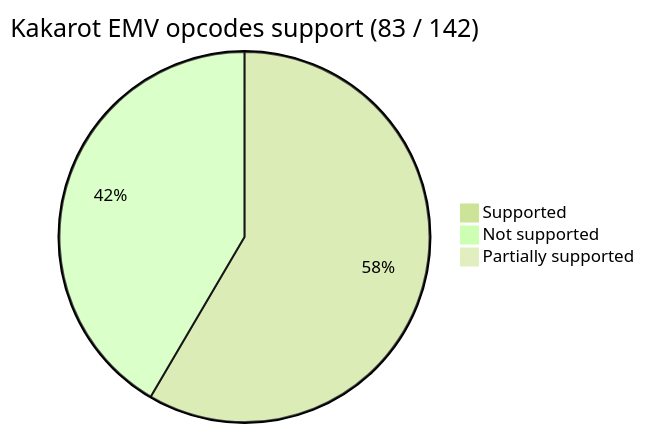
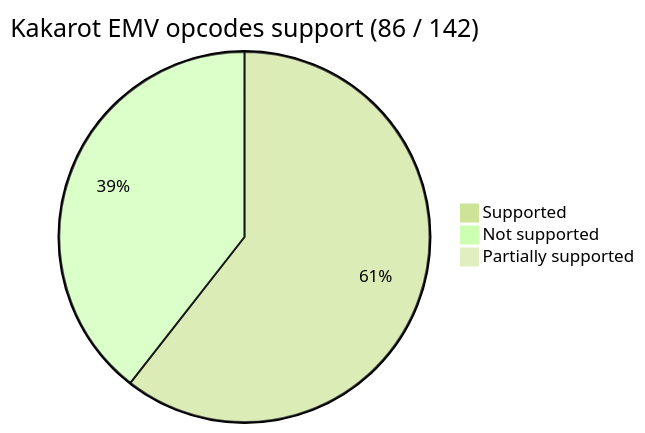
Before and after one commit to kkrt-labs/kakarot: the first of 2 diagrams in README.md, drawn with Mermaid. The commit also changed 5 other files, not shown here.

````diff
--- a/README.md
+++ b/README.md
@@ -39,7 +39,7 @@
 ```mermaid
 %%{init: {'theme': 'forest', 'themeVariables': { 'darkMode': 'false'}}}%%
-pie title Kakarot EMV opcodes support (83 / 142)
-    "Supported" : 83
-    "Not supported" : 59
+pie title Kakarot EMV opcodes support (86 / 142)
+    "Supported" : 86
+    "Not supported" : 56
     "Partially supported" : 0
 ```
````
